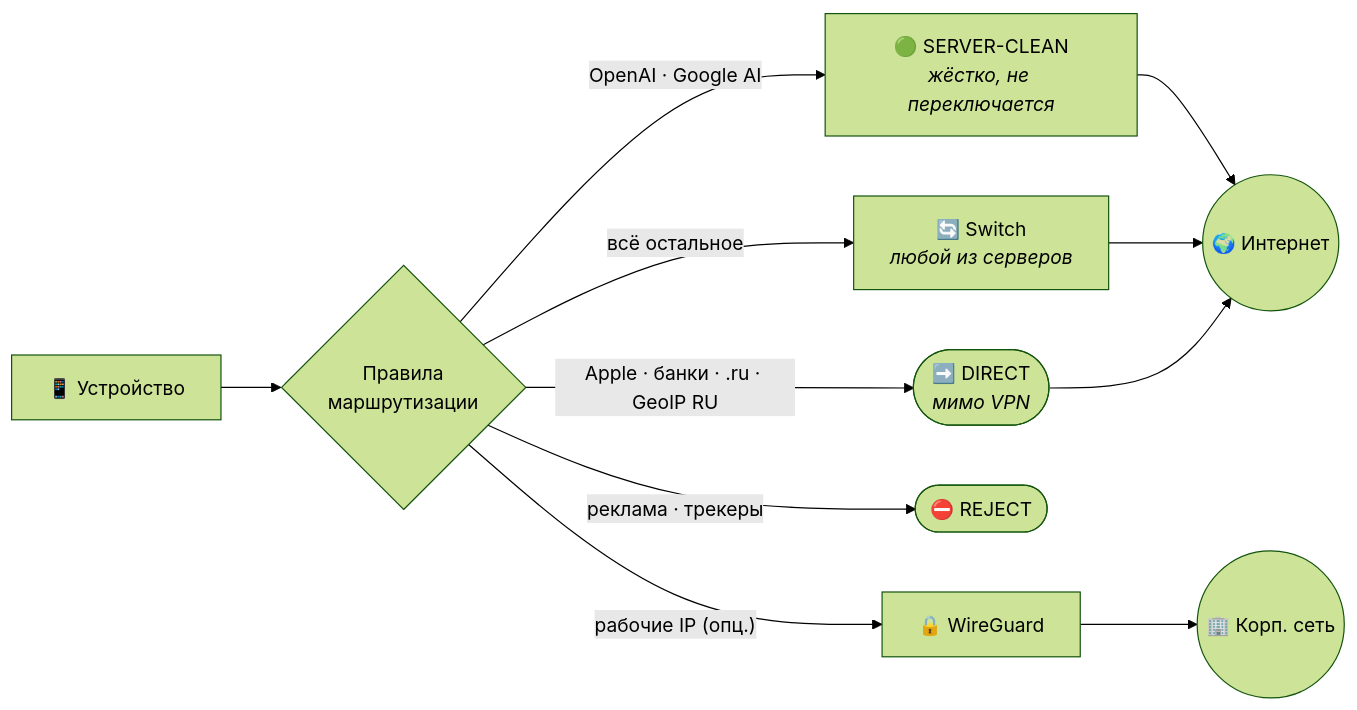
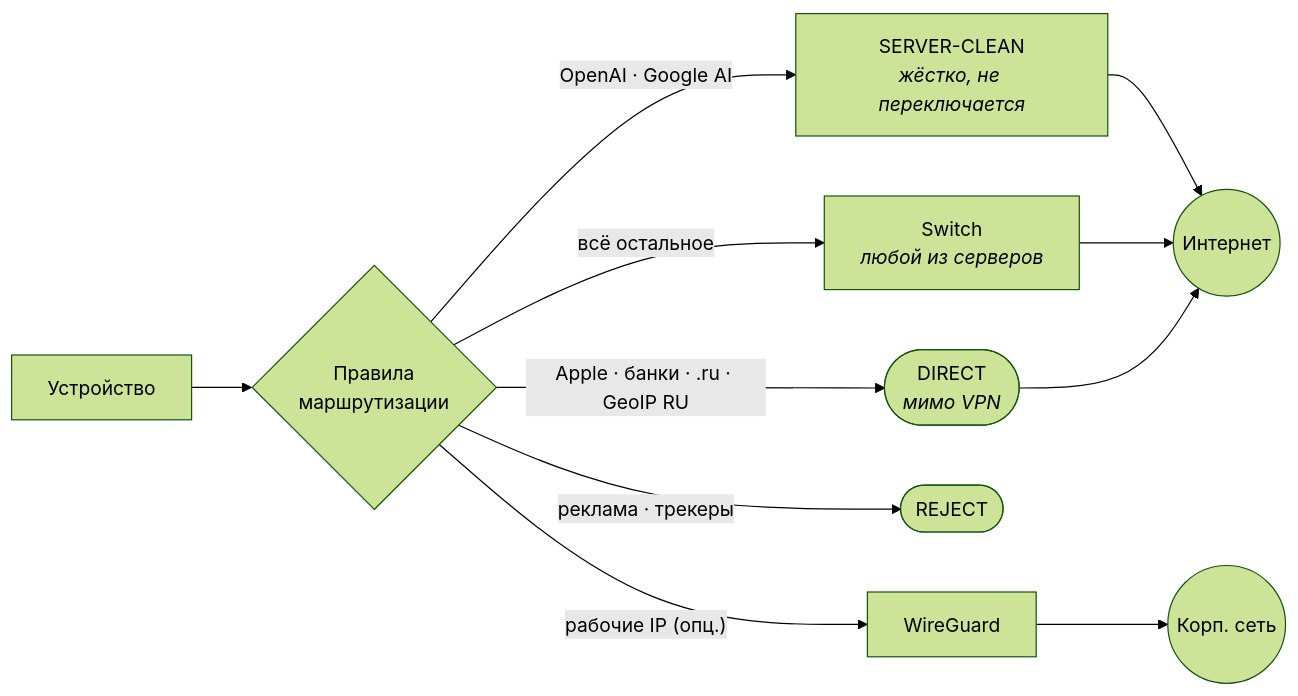
One commit to Kjaly/tunnel-kit changed the first of 2 diagrams in README.md. Above: the diagram before and after it, drawn with Mermaid (forest theme). The commit also changed other lines of this file and 2 other files, not shown here.

````diff
--- a/README.md
+++ b/README.md
@@ -51,15 +50,15 @@
 ```mermaid
 flowchart LR
-    D["📱 Устройство"] --> R{"Правила<br/>маршрутизации"}
+    D["Устройство"] --> R{"Правила<br/>маршрутизации"}
 
-    R -->|"OpenAI · Google AI"| C["🟢 SERVER-CLEAN<br/><i>жёстко, не переключается</i>"]
-    R -->|"Apple · банки · .ru · GeoIP RU"| DIR(["➡️ DIRECT<br/><i>мимо VPN</i>"])
-    R -->|"рабочие IP (опц.)"| WG["🔒 WireGuard"]
-    R -->|"реклама · трекеры"| REJ(["⛔ REJECT"])
-    R -->|"всё остальное"| SW["🔄 Switch<br/><i>любой из серверов</i>"]
+    R -->|"OpenAI · Google AI"| C["SERVER-CLEAN<br/><i>жёстко, не переключается</i>"]
+    R -->|"Apple · банки · .ru · GeoIP RU"| DIR(["DIRECT<br/><i>мимо VPN</i>"])
+    R -->|"рабочие IP (опц.)"| WG["WireGuard"]
+    R -->|"реклама · трекеры"| REJ(["REJECT"])
+    R -->|"всё остальное"| SW["Switch<br/><i>любой из серверов</i>"]
 
-    C --> NET(("🌍 Интернет"))
+    C --> NET(("Интернет"))
     SW --> NET
-    WG --> CORP(("🏢 Корп. сеть"))
+    WG --> CORP(("Корп. сеть"))
     DIR --> NET
 ```
````
